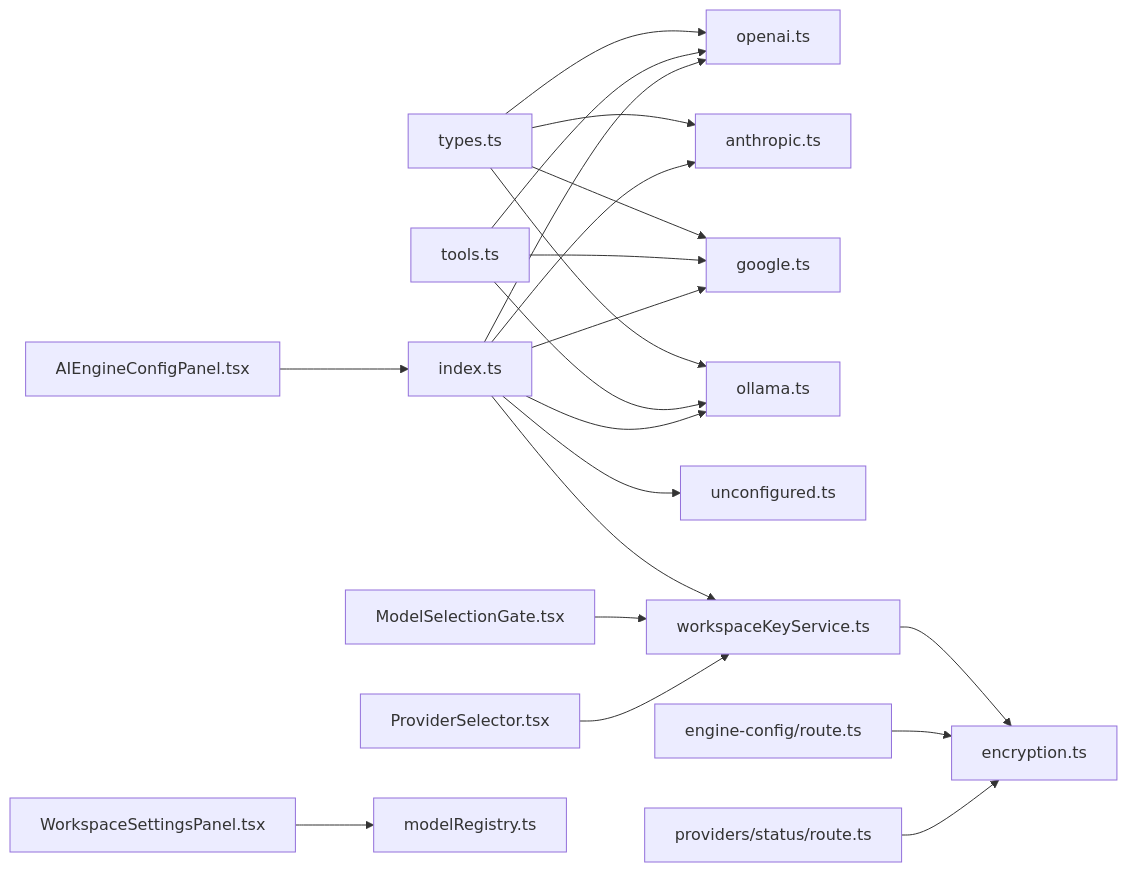
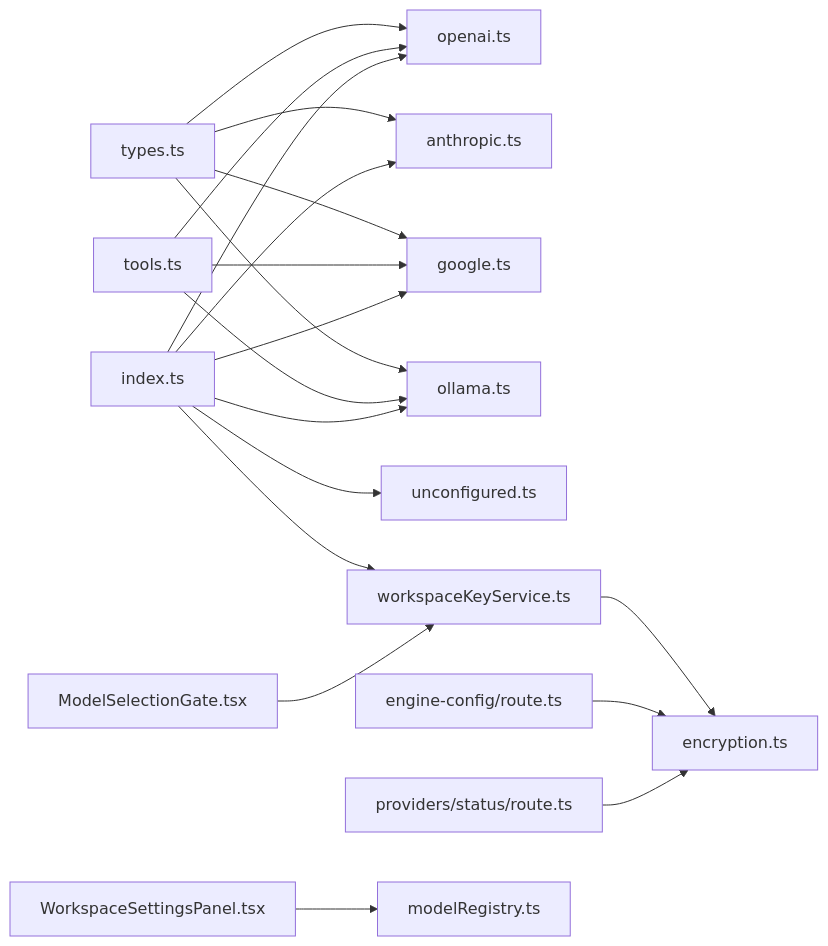
Diagram 11 of 11 in .qoder/repowiki/en/content/AI Generation Engine/AI Provider Adapters/AI Provider Adapters.md (shekhargiri005-dotcom/AI-powered-accessibility-first-UI-engine), drawn with Mermaid before and after one commit. The commit also changed other lines of this file and 22 other files, not shown here.

````diff
--- a/.qoder/repowiki/en/content/AI Generation Engine/AI Provider Adapters/AI Provider Adapters.md
+++ b/.qoder/repowiki/en/content/AI Generation Engine/AI Provider Adapters/AI Provider Adapters.md
@@ -536,23 +524,21 @@
 ```mermaid
 graph LR
 TYPES["types.ts"] --> OA["openai.ts"]
 TYPES --> AA["anthropic.ts"]
 TYPES --> GA["google.ts"]
 TYPES --> OLA["ollama.ts"]
 TOOLS["tools.ts"] --> OA
 TOOLS --> GA
 TOOLS --> OLA
 IDX["index.ts"] --> OA
 IDX --> AA
 IDX --> GA
 IDX --> OLA
 IDX --> UNC["unconfigured.ts"]
 IDX --> WKS["workspaceKeyService.ts"]
 WKS --> ENC["encryption.ts"]
 API["engine-config/route.ts"] --> ENC
 PSTATUS["providers/status/route.ts"] --> ENC
 MSG["ModelSelectionGate.tsx"] --> WKS
-PS["ProviderSelector.tsx"] --> WKS
 WSP["WorkspaceSettingsPanel.tsx"] --> MR["modelRegistry.ts"]
-CFG["AIEngineConfigPanel.tsx"] --> IDX
 ```
````
